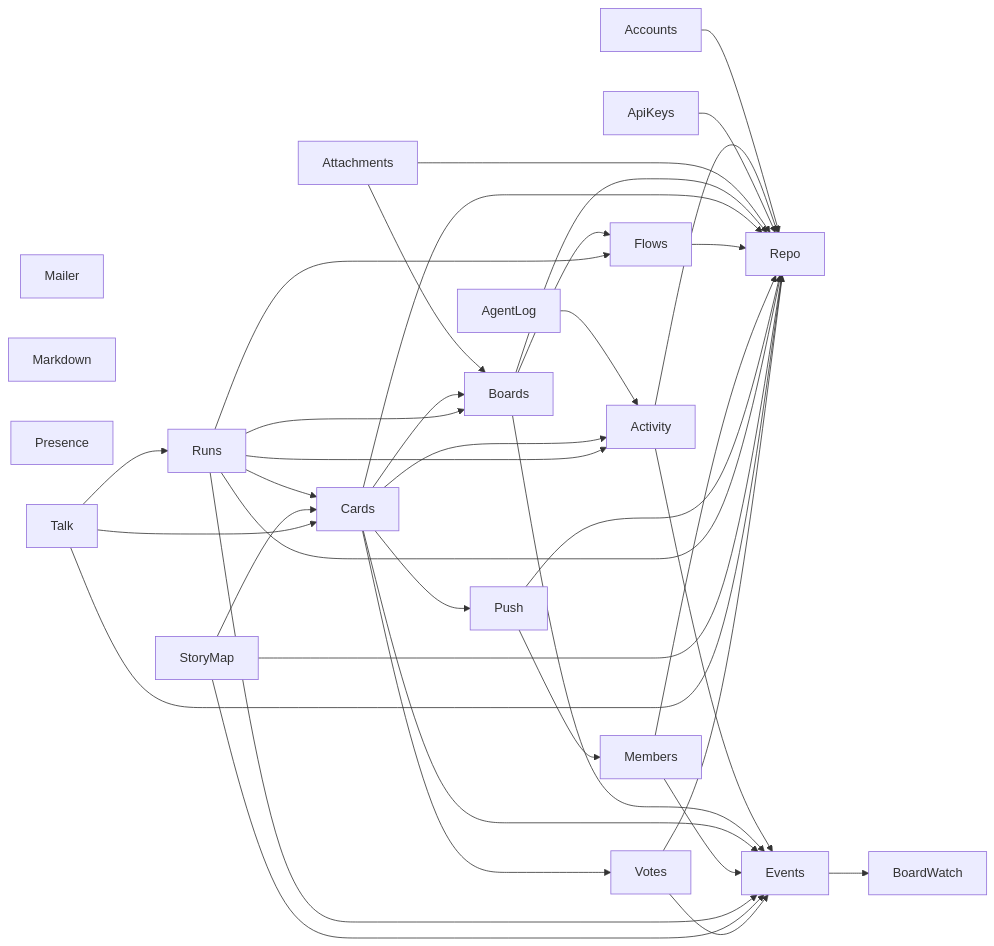
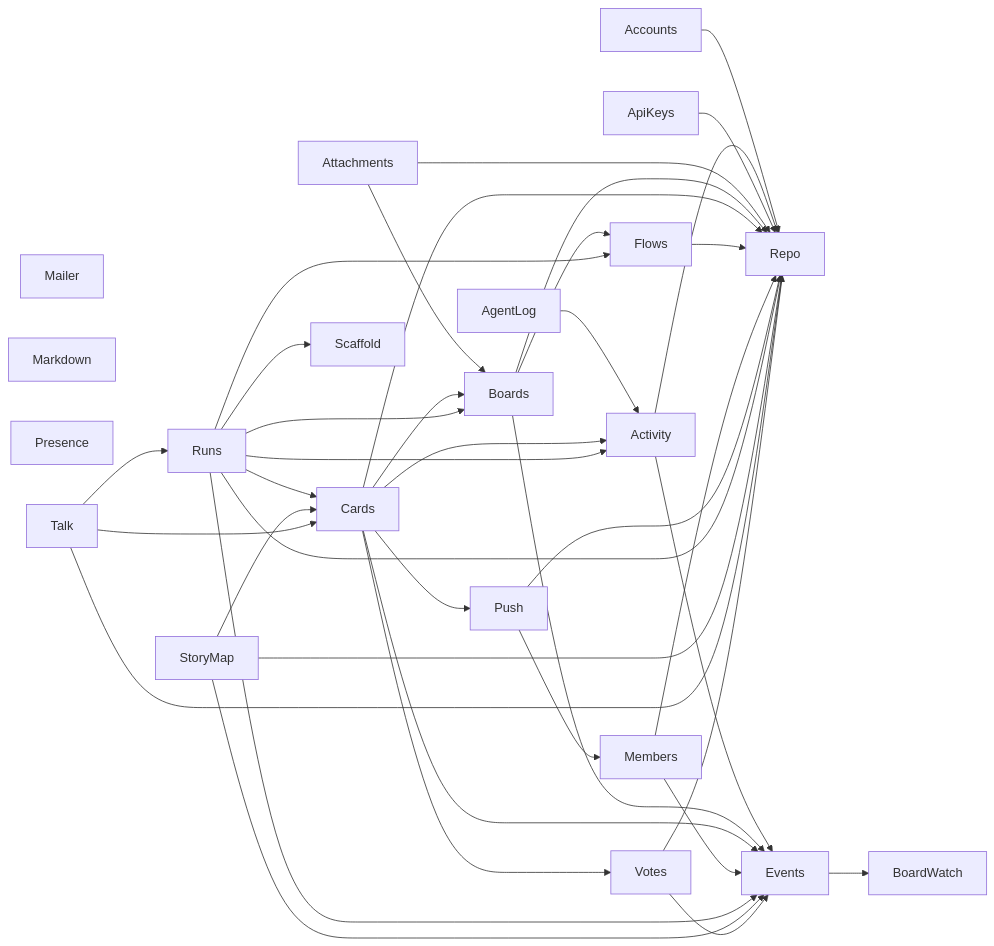
One commit to jeremylightsmith/relay changed the second of 2 diagrams in docs/architecture/deps.md. Above: the diagram before and after it, drawn with Mermaid. The commit also changed 40 other files, not shown here.

````diff
--- a/docs/architecture/deps.md
+++ b/docs/architecture/deps.md
@@ -28,42 +28,43 @@
 ```mermaid
 flowchart LR
     Mailer
     Markdown
     Presence
     Accounts --> Repo
     Activity --> Events
     Activity --> Repo
     AgentLog --> Activity
     ApiKeys --> Repo
     Attachments --> Boards
     Attachments --> Repo
     Boards --> Events
     Boards --> Flows
     Boards --> Repo
     Cards --> Activity
     Cards --> Boards
     Cards --> Events
     Cards --> Push
     Cards --> Repo
     Cards --> Votes
     Events --> BoardWatch
     Flows --> Repo
     Members --> Events
     Members --> Repo
     Push --> Members
     Push --> Repo
     Runs --> Activity
     Runs --> Boards
     Runs --> Cards
     Runs --> Events
     Runs --> Flows
     Runs --> Repo
+    Runs --> Scaffold
     StoryMap --> Cards
     StoryMap --> Events
     StoryMap --> Repo
     Talk --> Cards
     Talk --> Repo
     Talk --> Runs
     Votes --> Events
     Votes --> Repo
 ```
````
